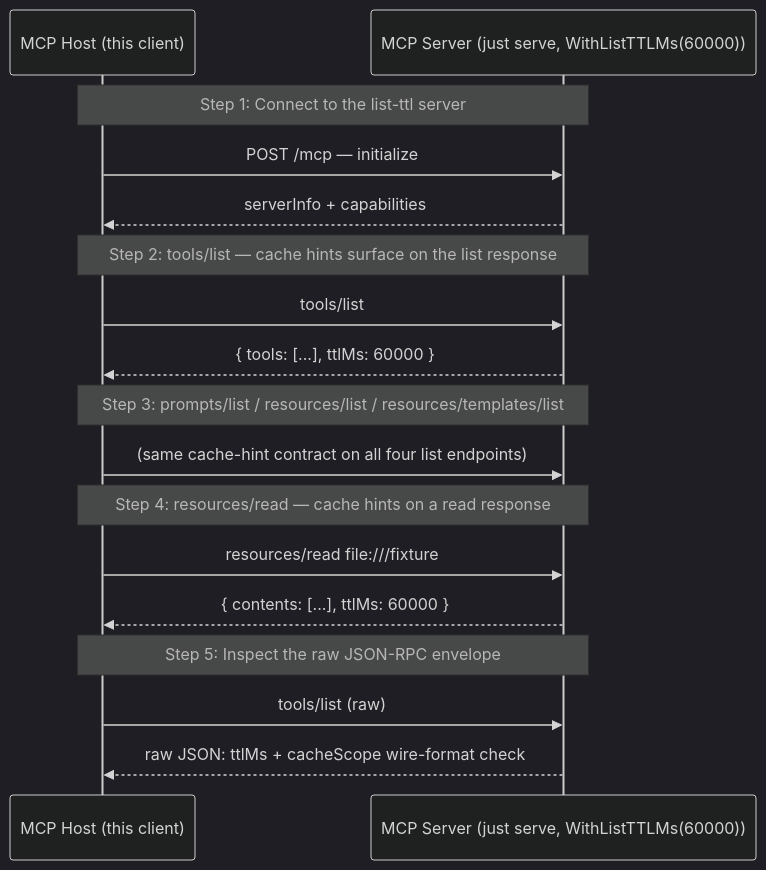
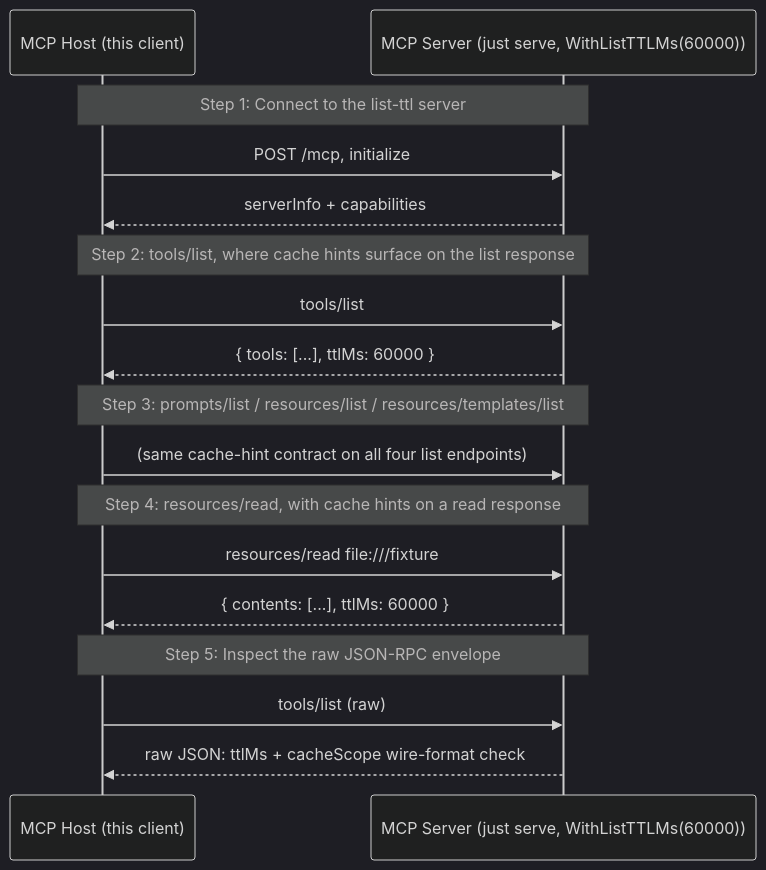
The diagram in examples/list-ttl/WALKTHROUGH.md (panyam/mcpkit), drawn with Mermaid (dark theme) before and after one commit. The commit also changed other lines of this file and 54 other files, not shown here.

````diff
--- a/examples/list-ttl/WALKTHROUGH.md
+++ b/examples/list-ttl/WALKTHROUGH.md
@@ -15,24 +15,24 @@
 ```mermaid
 sequenceDiagram
     participant Host as MCP Host (this client)
     participant Server as MCP Server (just serve, WithListTTLMs(60000))
 
     Note over Host,Server: Step 1: Connect to the list-ttl server
-    Host->>Server: POST /mcp — initialize
+    Host->>Server: POST /mcp, initialize
     Server-->>Host: serverInfo + capabilities
 
-    Note over Host,Server: Step 2: tools/list — cache hints surface on the list response
+    Note over Host,Server: Step 2: tools/list, where cache hints surface on the list response
     Host->>Server: tools/list
     Server-->>Host: { tools: [...], ttlMs: 60000 }
 
     Note over Host,Server: Step 3: prompts/list / resources/list / resources/templates/list
     Host->>Server: (same cache-hint contract on all four list endpoints)
 
-    Note over Host,Server: Step 4: resources/read — cache hints on a read response
+    Note over Host,Server: Step 4: resources/read, with cache hints on a read response
     Host->>Server: resources/read file:///fixture
     Server-->>Host: { contents: [...], ttlMs: 60000 }
 
     Note over Host,Server: Step 5: Inspect the raw JSON-RPC envelope
     Host->>Server: tools/list (raw)
     Server-->>Host: raw JSON: ttlMs + cacheScope wire-format check
 ```
````
